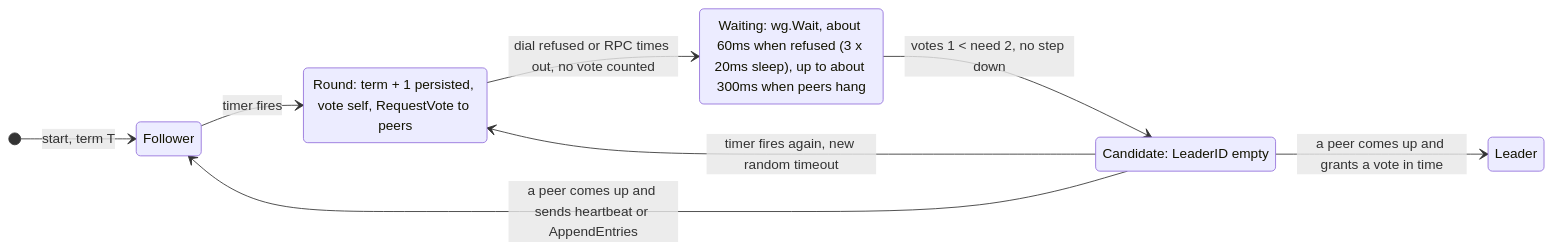
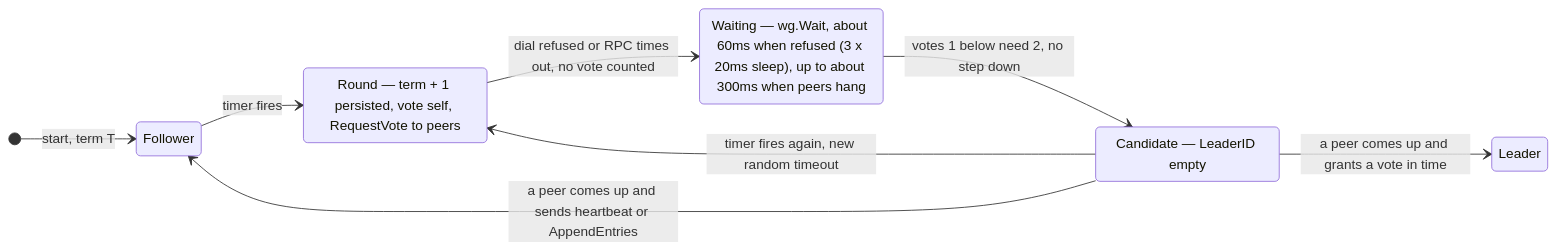
The fifth of 8 diagrams in flow/4. cluster-startup-cases.md (Tarun-Elango/hobbyDB), drawn with Mermaid before and after one commit. The commit also changed other lines of this file and 6 other files, not shown here.

Commit message:
use status, seperate function to update leader/role, use metamu when possible, and adding heardrecentlty to prevent spurious elections when a valid heartbeat or vote arrives right as the election timer fires or while startElection is blocked waiting on n.mu

````diff
--- a/flow/4. cluster-startup-cases.md
+++ b/flow/4. cluster-startup-cases.md
@@ -157,14 +157,14 @@
 ```mermaid
 stateDiagram-v2
     direction LR
     [*] --> Follower: start, term T
     Follower --> Round: timer fires
-    state "Round: term + 1 persisted, vote self, RequestVote to peers" as Round
+    state "Round — term + 1 persisted, vote self, RequestVote to peers" as Round
     Round --> Waiting: dial refused or RPC times out, no vote counted
-    state "Waiting: wg.Wait, about 60ms when refused (3 x 20ms sleep), up to about 300ms when peers hang" as Waiting
-    Waiting --> Candidate: votes 1 < need 2, no step down
-    state "Candidate: LeaderID empty" as Candidate
+    state "Waiting — wg.Wait, about 60ms when refused (3 x 20ms sleep), up to about 300ms when peers hang" as Waiting
+    Waiting --> Candidate: votes 1 below need 2, no step down
+    state "Candidate — LeaderID empty" as Candidate
     Candidate --> Round: timer fires again, new random timeout
     Candidate --> Follower: a peer comes up and sends heartbeat or AppendEntries
     Candidate --> Leader: a peer comes up and grants a vote in time
 ```
````
